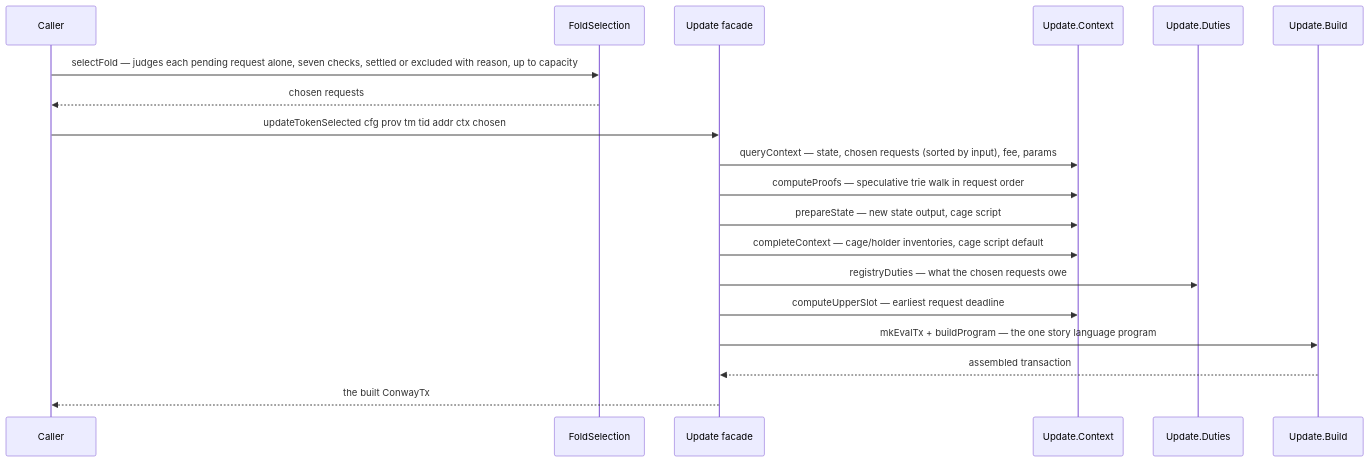
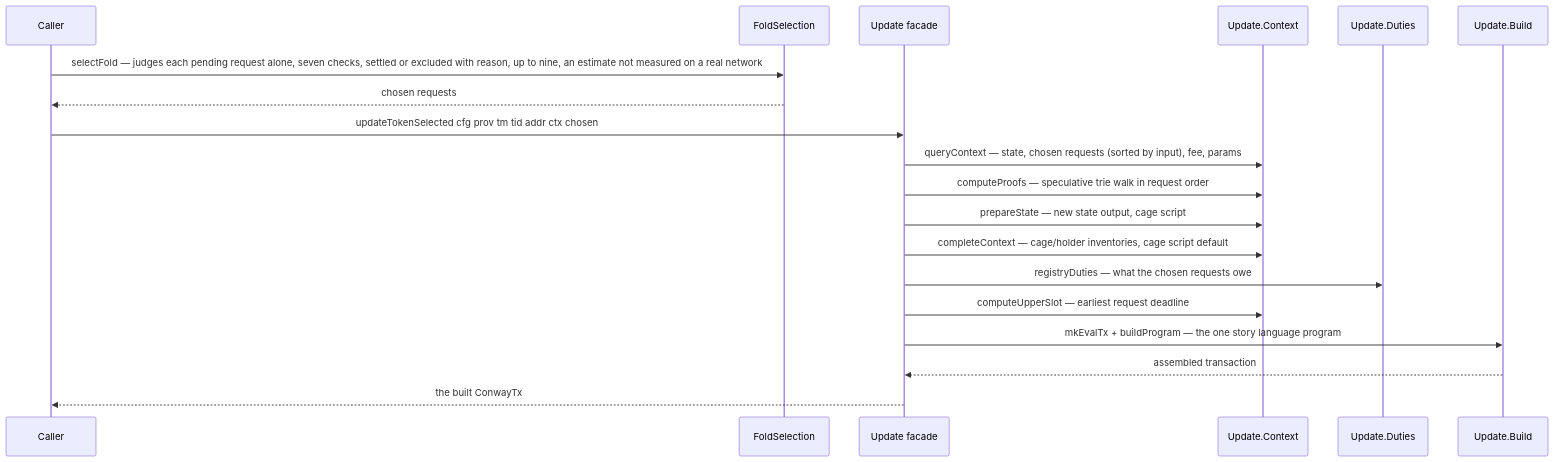
Before and after one commit to lambdasistemi/singular: the second of 2 diagrams in docs/offchain-fold-responsibilities.md, drawn with Mermaid. The commit also changed other lines of this file and 7 other files, not shown here.

First line of the commit message:
docs(518): the pages state the bound of nine and the recovery of a fold of several requests

````diff
--- a/docs/offchain-fold-responsibilities.md
+++ b/docs/offchain-fold-responsibilities.md
@@ -106,21 +106,21 @@
 ```mermaid
 sequenceDiagram
     participant Caller
     participant Sel as FoldSelection
     participant Facade as Update facade
     participant Ctx as Update.Context
     participant Dut as Update.Duties
     participant Bld as Update.Build
-    Caller->>Sel: selectFold — judges each pending request alone, seven checks, settled or excluded with reason, up to capacity
+    Caller->>Sel: selectFold — judges each pending request alone, seven checks, settled or excluded with reason, up to nine, an estimate not measured on a real network
     Sel-->>Caller: chosen requests
     Caller->>Facade: updateTokenSelected cfg prov tm tid addr ctx chosen
     Facade->>Ctx: queryContext — state, chosen requests (sorted by input), fee, params
     Facade->>Ctx: computeProofs — speculative trie walk in request order
     Facade->>Ctx: prepareState — new state output, cage script
     Facade->>Ctx: completeContext — cage/holder inventories, cage script default
     Facade->>Dut: registryDuties — what the chosen requests owe
     Facade->>Ctx: computeUpperSlot — earliest request deadline
     Facade->>Bld: mkEvalTx + buildProgram — the one story language program
     Bld-->>Facade: assembled transaction
     Facade-->>Caller: the built ConwayTx
 ```
````
